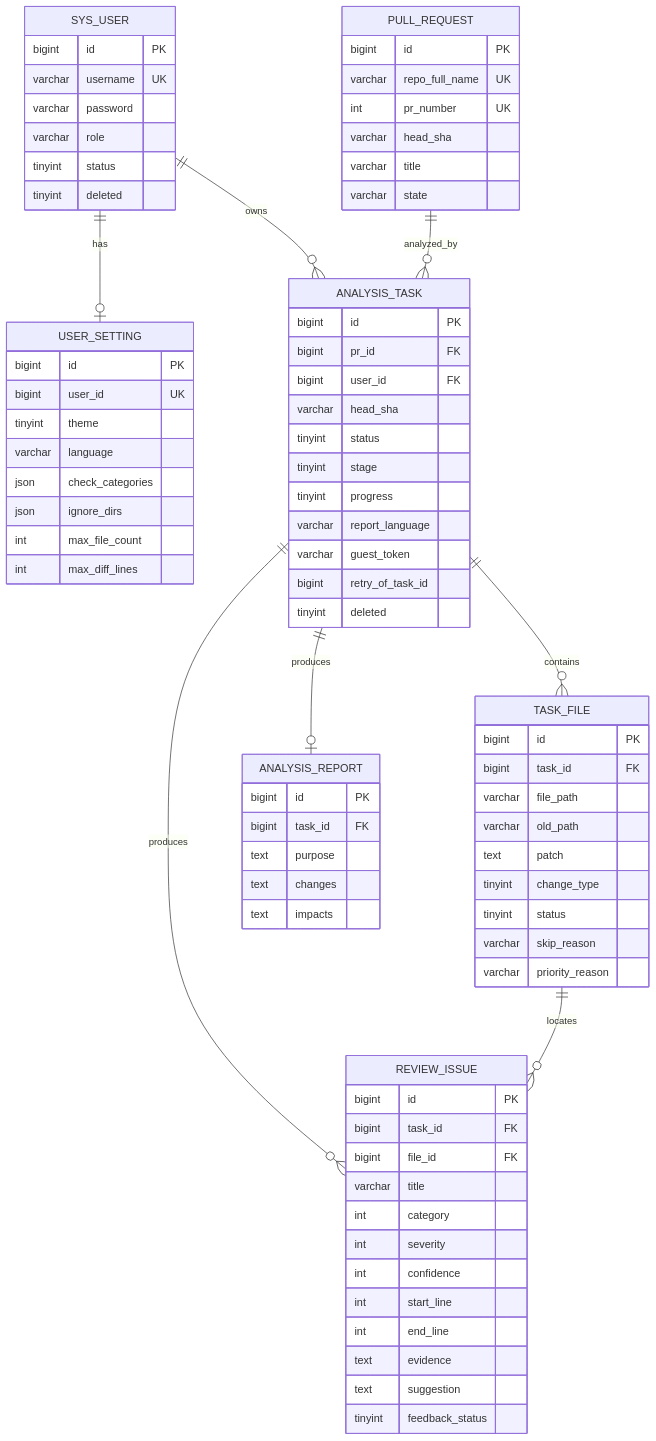
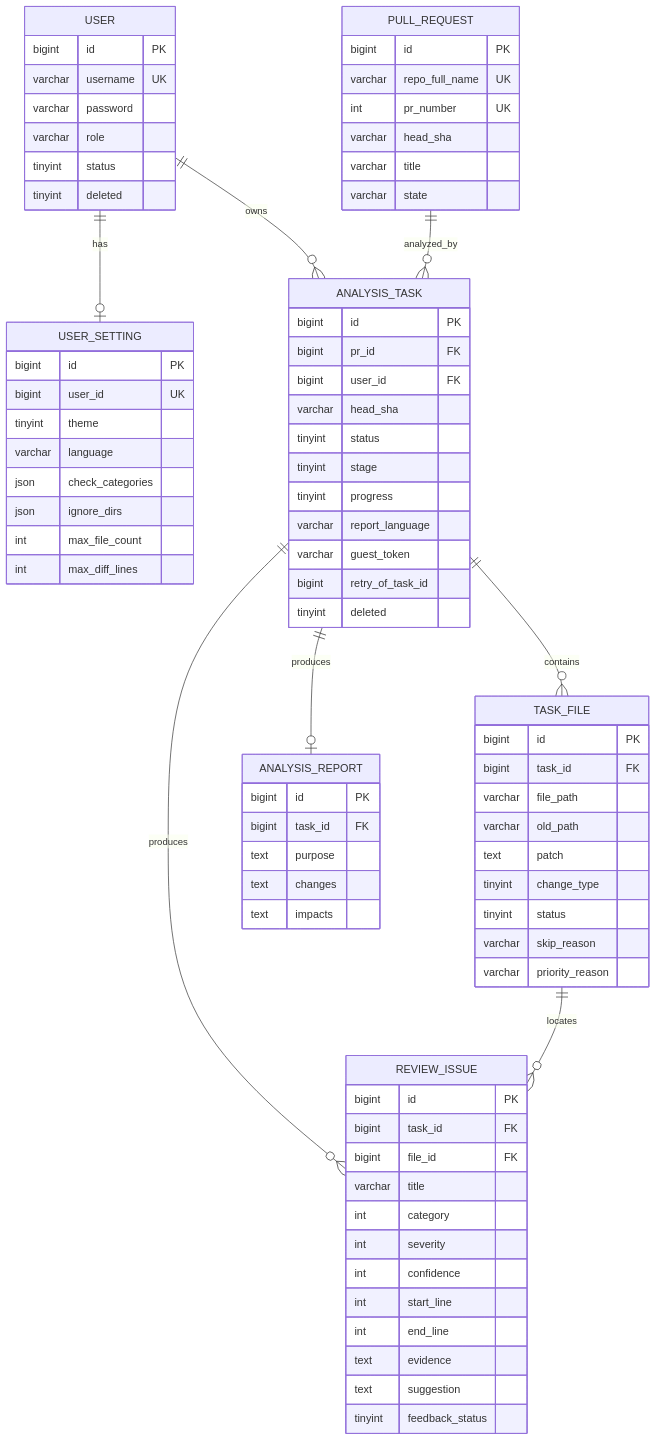
Before and after one commit to element-17/ai-pr-review: the third of 6 diagrams in docs/答辩/后端架构与数据图.md, drawn with Mermaid. The commit also changed other lines of this file and 15 other files, not shown here.

````diff
--- a/docs/答辩/后端架构与数据图.md
+++ b/docs/答辩/后端架构与数据图.md
@@ -73,82 +73,82 @@
 ```mermaid
 erDiagram
-  SYS_USER ||--o| USER_SETTING : has
-  SYS_USER ||--o{ ANALYSIS_TASK : owns
+  USER ||--o| USER_SETTING : has
+  USER ||--o{ ANALYSIS_TASK : owns
   PULL_REQUEST ||--o{ ANALYSIS_TASK : analyzed_by
   ANALYSIS_TASK ||--o{ TASK_FILE : contains
   ANALYSIS_TASK ||--o| ANALYSIS_REPORT : produces
   ANALYSIS_TASK ||--o{ REVIEW_ISSUE : produces
   TASK_FILE ||--o{ REVIEW_ISSUE : locates
 
-  SYS_USER {
+  USER {
     bigint id PK
     varchar username UK
     varchar password
     varchar role
     tinyint status
     tinyint deleted
   }
   USER_SETTING {
     bigint id PK
     bigint user_id UK
     tinyint theme
     varchar language
     json check_categories
     json ignore_dirs
     int max_file_count
     int max_diff_lines
   }
   PULL_REQUEST {
     bigint id PK
     varchar repo_full_name UK
     int pr_number UK
     varchar head_sha
     varchar title
     varchar state
   }
   ANALYSIS_TASK {
     bigint id PK
     bigint pr_id FK
     bigint user_id FK
     varchar head_sha
     tinyint status
     tinyint stage
     tinyint progress
     varchar report_language
     varchar guest_token
     bigint retry_of_task_id
     tinyint deleted
   }
   TASK_FILE {
     bigint id PK
     bigint task_id FK
     varchar file_path
     varchar old_path
     text patch
     tinyint change_type
     tinyint status
     varchar skip_reason
     varchar priority_reason
   }
   ANALYSIS_REPORT {
     bigint id PK
     bigint task_id FK
     text purpose
     text changes
     text impacts
   }
   REVIEW_ISSUE {
     bigint id PK
     bigint task_id FK
     bigint file_id FK
     varchar title
     int category
     int severity
     int confidence
     int start_line
     int end_line
     text evidence
     text suggestion
     tinyint feedback_status
   }
 ```
````
